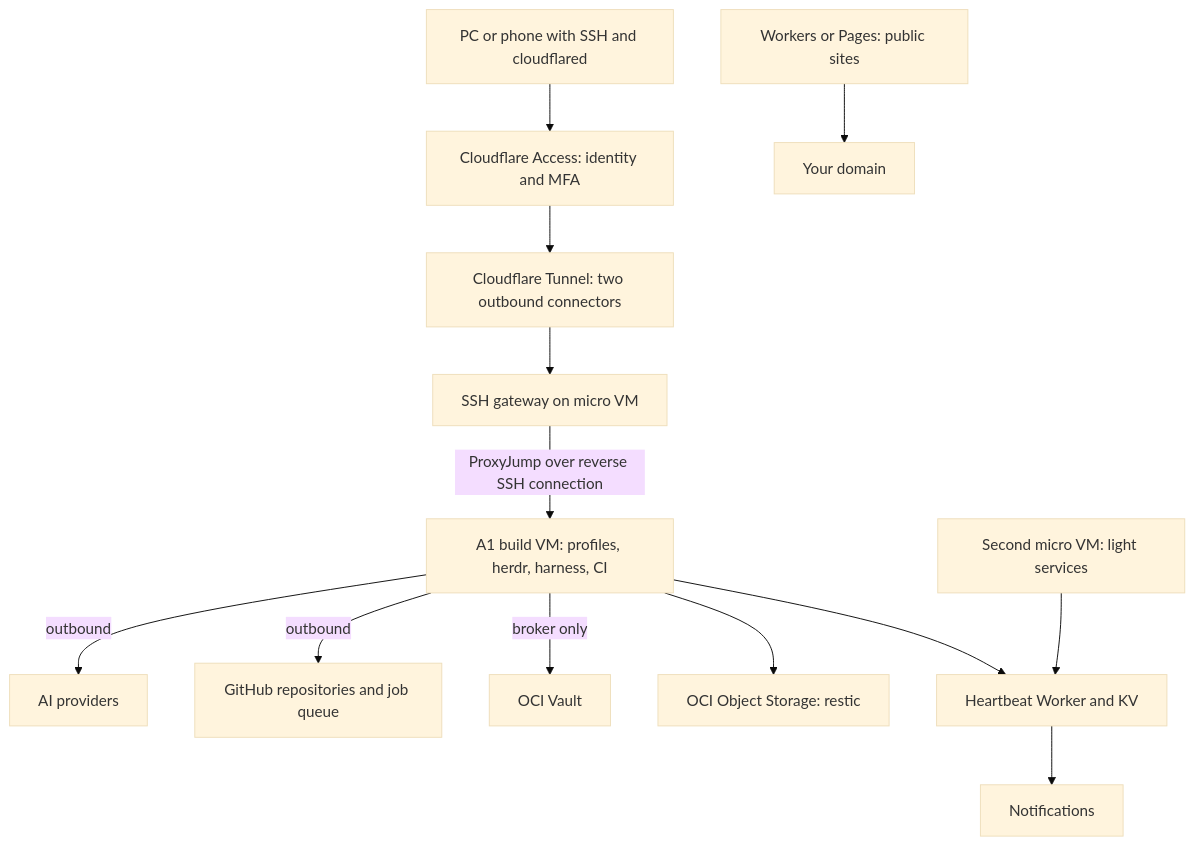
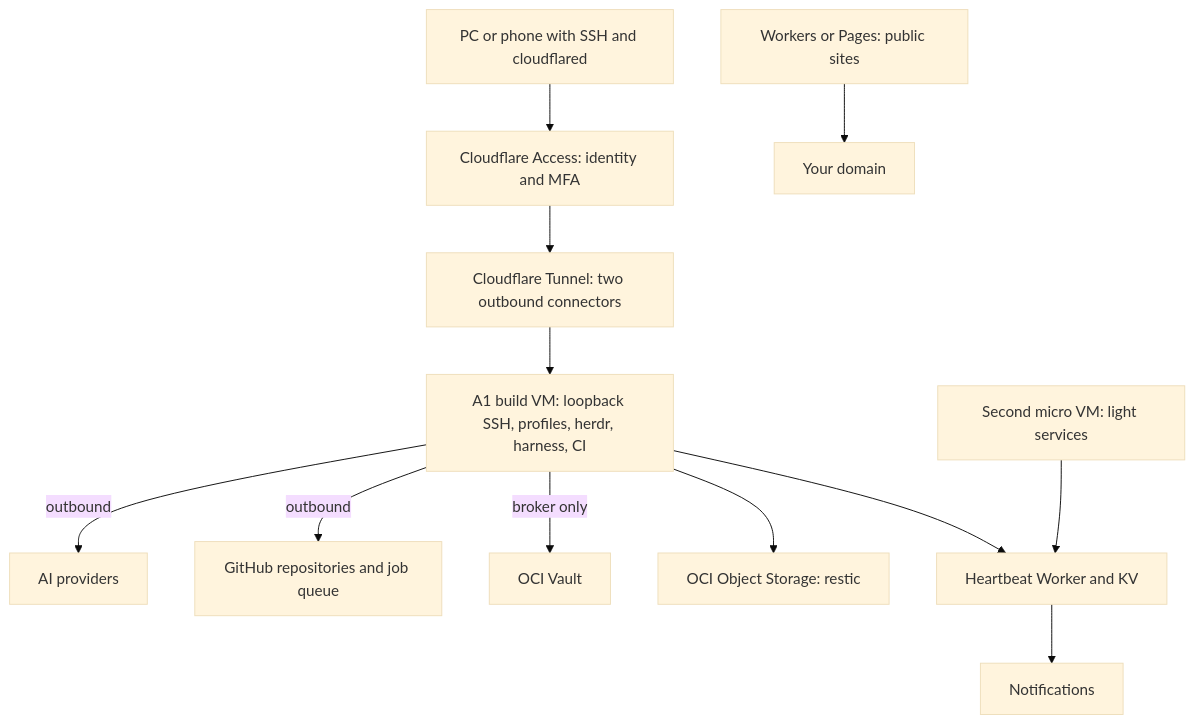
One commit to Visitor-Ctrl/agent-harness changed the diagram in docs/00-overview.md. Above: the diagram before and after it, drawn with Mermaid (base theme). The commit also changed other lines of this file and 1 other file, not shown here.

Commit message:
docs: add OCI provisioning and host hardening steps

````diff
--- a/docs/00-overview.md
+++ b/docs/00-overview.md
@@ -5,15 +5,14 @@
 ```mermaid
 flowchart TB
   PC[PC or phone with SSH and cloudflared] --> A[Cloudflare Access: identity and MFA]
   A --> T[Cloudflare Tunnel: two outbound connectors]
-  T --> S[SSH gateway on micro VM]
-  S -->|ProxyJump over reverse SSH connection| B[A1 build VM: profiles, herdr, harness, CI]
+  T --> B[A1 build VM: loopback SSH, profiles, herdr, harness, CI]
   B -->|outbound| AI[AI providers]
   B -->|outbound| GH[GitHub repositories and job queue]
   B -->|broker only| V[OCI Vault]
   B --> O[OCI Object Storage: restic]
   B --> H[Heartbeat Worker and KV]
   M[Second micro VM: light services] --> H
   H --> N[Notifications]
   W[Workers or Pages: public sites] --> DNS[Your domain]
 ```
````
